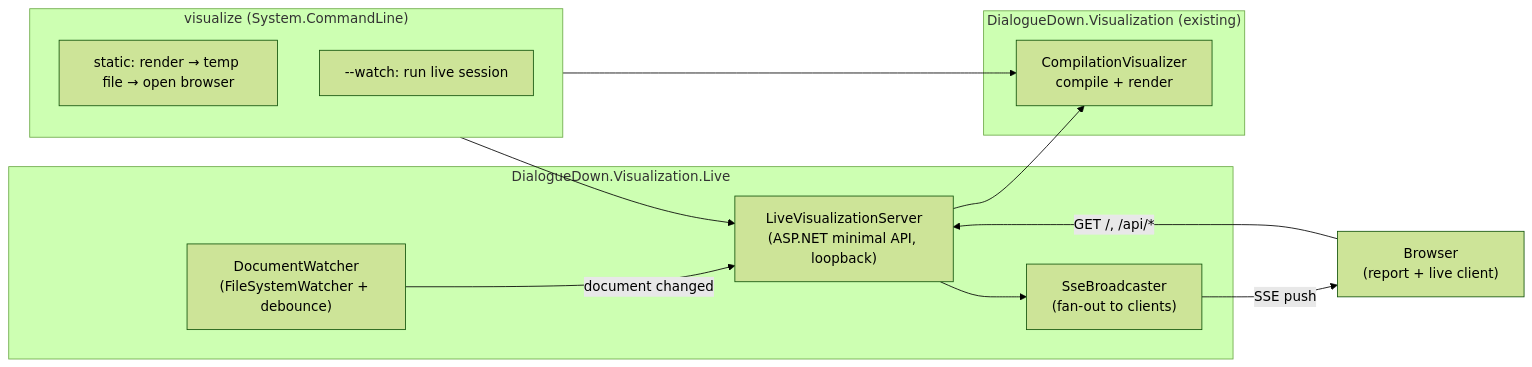
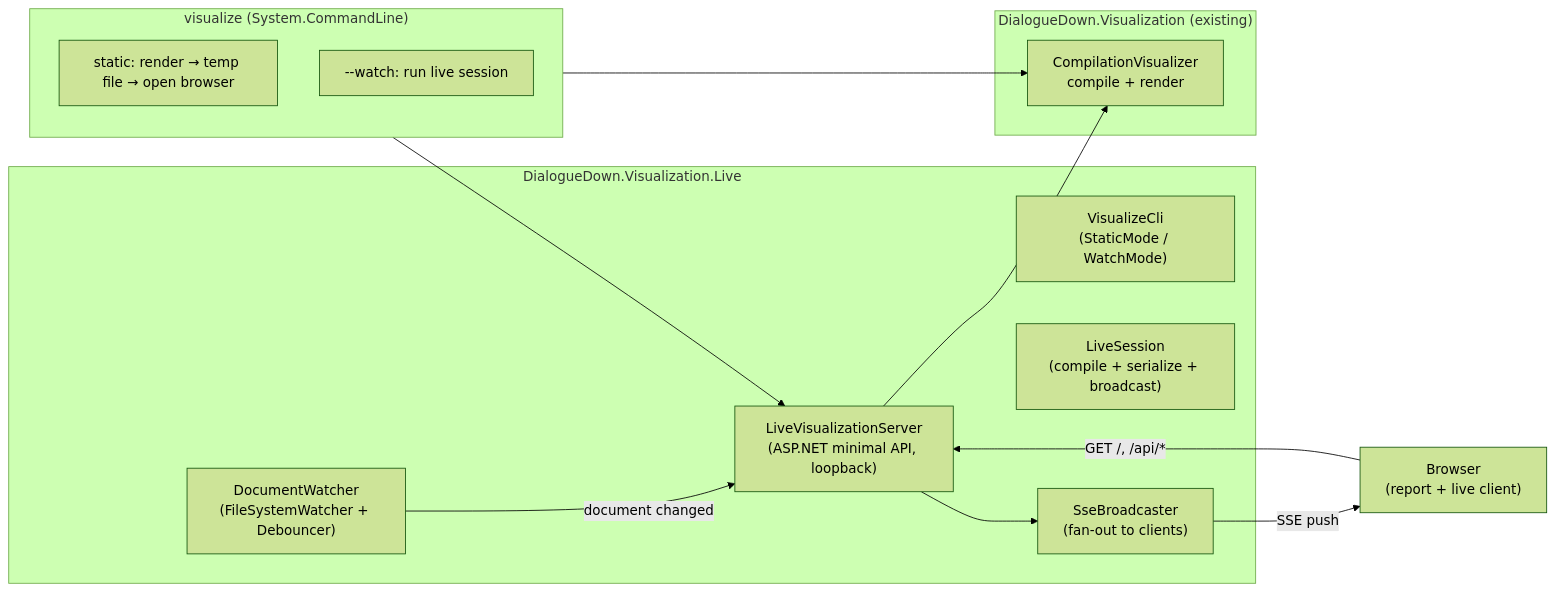
Before and after one commit to pengzhengyi/godot-dialoguedown: the first of 2 diagrams in docs/Implementation Notes/Live Visualization - Hot Reload.md, drawn with Mermaid (forest theme). The commit also changed other lines of this file and 3 other files, not shown here.

First line of the commit message:
docs(live-hot-reload): reconcile the note with the build; document the CLI

````diff
--- a/docs/Implementation Notes/Live Visualization - Hot Reload.md
+++ b/docs/Implementation Notes/Live Visualization - Hot Reload.md
@@ -100,28 +103,30 @@
 ```mermaid
 flowchart LR
     subgraph CLI["visualize (System.CommandLine)"]
         direction TB
         static["static: render → temp file → open browser"]
         watch["--watch: run live session"]
     end
 
     subgraph Live["DialogueDown.Visualization.Live"]
+        cli["VisualizeCli<br/>(StaticMode / WatchMode)"]
         server["LiveVisualizationServer<br/>(ASP.NET minimal API, loopback)"]
-        watcher["DocumentWatcher<br/>(FileSystemWatcher + debounce)"]
+        session["LiveSession<br/>(compile + serialize + broadcast)"]
+        watcher["DocumentWatcher<br/>(FileSystemWatcher + Debouncer)"]
         broadcaster["SseBroadcaster<br/>(fan-out to clients)"]
     end
 
     subgraph Render["DialogueDown.Visualization (existing)"]
         visualizer["CompilationVisualizer<br/>compile + render"]
     end
 
     Browser["Browser<br/>(report + live client)"]
 
     static --> visualizer
     watch --> server
     server --> visualizer
     watcher -->|document changed| server
     server --> broadcaster
     broadcaster -->|SSE push| Browser
     Browser -->|GET /, /api/*| server
 ```
````
